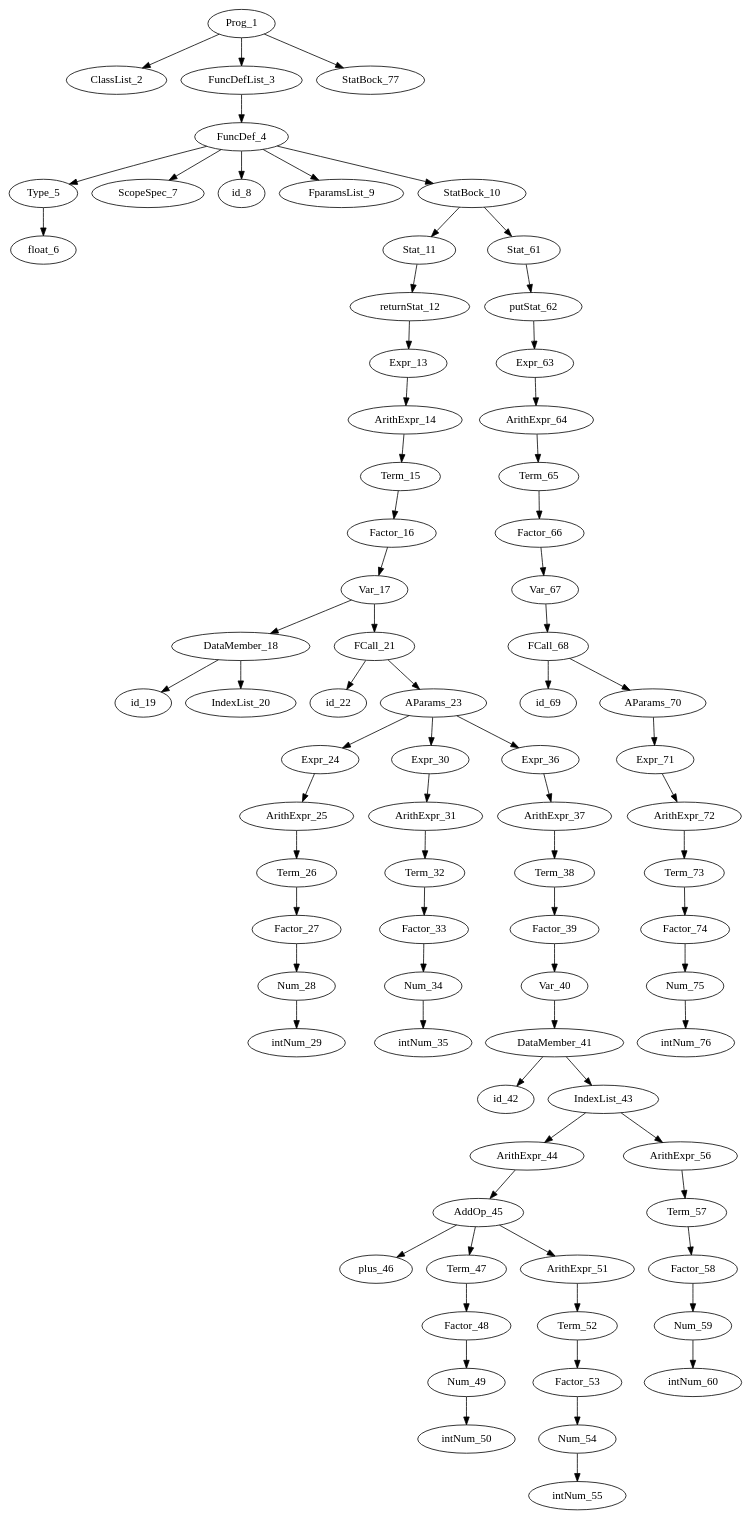
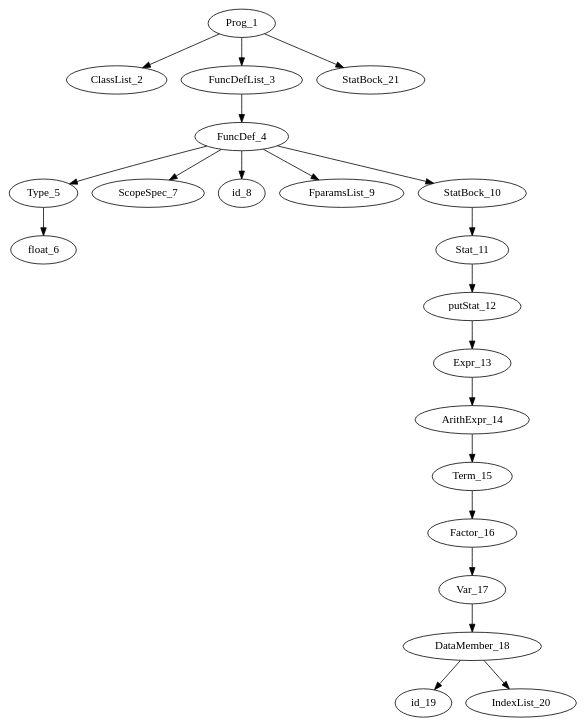
The diagram in refactor/graph.dot (McGiver-/Compiler), drawn with Graphviz before and after one commit. The commit also changed 6 other files, not shown here.

```diff
--- a/refactor/graph.dot
+++ b/refactor/graph.dot
@@ -1,156 +1,44 @@
 digraph ast {
 	Prog_1->ClassList_2;
 	Prog_1->FuncDefList_3;
 	FuncDefList_3->FuncDef_4;
 	FuncDef_4->Type_5;
 	Type_5->float_6;
 	FuncDef_4->ScopeSpec_7;
 	FuncDef_4->id_8;
 	FuncDef_4->FparamsList_9;
 	FuncDef_4->StatBock_10;
 	StatBock_10->Stat_11;
-	Stat_11->returnStat_12;
-	returnStat_12->Expr_13;
+	Stat_11->putStat_12;
+	putStat_12->Expr_13;
 	Expr_13->ArithExpr_14;
 	ArithExpr_14->Term_15;
 	Term_15->Factor_16;
 	Factor_16->Var_17;
 	Var_17->DataMember_18;
 	DataMember_18->id_19;
 	DataMember_18->IndexList_20;
-	Var_17->FCall_21;
-	FCall_21->id_22;
-	FCall_21->AParams_23;
-	AParams_23->Expr_24;
-	Expr_24->ArithExpr_25;
-	ArithExpr_25->Term_26;
-	Term_26->Factor_27;
-	Factor_27->Num_28;
-	Num_28->intNum_29;
-	AParams_23->Expr_30;
-	Expr_30->ArithExpr_31;
-	ArithExpr_31->Term_32;
-	Term_32->Factor_33;
-	Factor_33->Num_34;
-	Num_34->intNum_35;
-	AParams_23->Expr_36;
-	Expr_36->ArithExpr_37;
-	ArithExpr_37->Term_38;
-	Term_38->Factor_39;
-	Factor_39->Var_40;
-	Var_40->DataMember_41;
-	DataMember_41->id_42;
-	DataMember_41->IndexList_43;
-	IndexList_43->ArithExpr_44;
-	ArithExpr_44->AddOp_45;
-	AddOp_45->plus_46;
-	AddOp_45->Term_47;
-	Term_47->Factor_48;
-	Factor_48->Num_49;
-	Num_49->intNum_50;
-	AddOp_45->ArithExpr_51;
-	ArithExpr_51->Term_52;
-	Term_52->Factor_53;
-	Factor_53->Num_54;
-	Num_54->intNum_55;
-	IndexList_43->ArithExpr_56;
-	ArithExpr_56->Term_57;
-	Term_57->Factor_58;
-	Factor_58->Num_59;
-	Num_59->intNum_60;
-	StatBock_10->Stat_61;
-	Stat_61->putStat_62;
-	putStat_62->Expr_63;
-	Expr_63->ArithExpr_64;
-	ArithExpr_64->Term_65;
-	Term_65->Factor_66;
-	Factor_66->Var_67;
-	Var_67->FCall_68;
-	FCall_68->id_69;
-	FCall_68->AParams_70;
-	AParams_70->Expr_71;
-	Expr_71->ArithExpr_72;
-	ArithExpr_72->Term_73;
-	Term_73->Factor_74;
-	Factor_74->Num_75;
-	Num_75->intNum_76;
-	Prog_1->StatBock_77;
-	AParams_23;
-	AParams_70;
-	AddOp_45;
+	Prog_1->StatBock_21;
 	ArithExpr_14;
-	ArithExpr_25;
-	ArithExpr_31;
-	ArithExpr_37;
-	ArithExpr_44;
-	ArithExpr_51;
-	ArithExpr_56;
-	ArithExpr_64;
-	ArithExpr_72;
 	ClassList_2;
 	DataMember_18;
-	DataMember_41;
 	Expr_13;
-	Expr_24;
-	Expr_30;
-	Expr_36;
-	Expr_63;
-	Expr_71;
-	FCall_21;
-	FCall_68;
 	Factor_16;
-	Factor_27;
-	Factor_33;
-	Factor_39;
-	Factor_48;
-	Factor_53;
-	Factor_58;
-	Factor_66;
-	Factor_74;
 	FparamsList_9;
 	FuncDefList_3;
 	FuncDef_4;
 	IndexList_20;
-	IndexList_43;
-	Num_28;
-	Num_34;
-	Num_49;
-	Num_54;
-	Num_59;
-	Num_75;
 	Prog_1;
 	ScopeSpec_7;
 	StatBock_10;
-	StatBock_77;
+	StatBock_21;
 	Stat_11;
-	Stat_61;
 	Term_15;
-	Term_26;
-	Term_32;
-	Term_38;
-	Term_47;
-	Term_52;
-	Term_57;
-	Term_65;
-	Term_73;
 	Type_5;
 	Var_17;
-	Var_40;
-	Var_67;
 	float_6;
 	id_19;
-	id_22;
-	id_42;
-	id_69;
 	id_8;
-	intNum_29;
-	intNum_35;
-	intNum_50;
-	intNum_55;
-	intNum_60;
-	intNum_76;
-	plus_46;
-	putStat_62;
-	returnStat_12;
+	putStat_12;
 
 }
```
